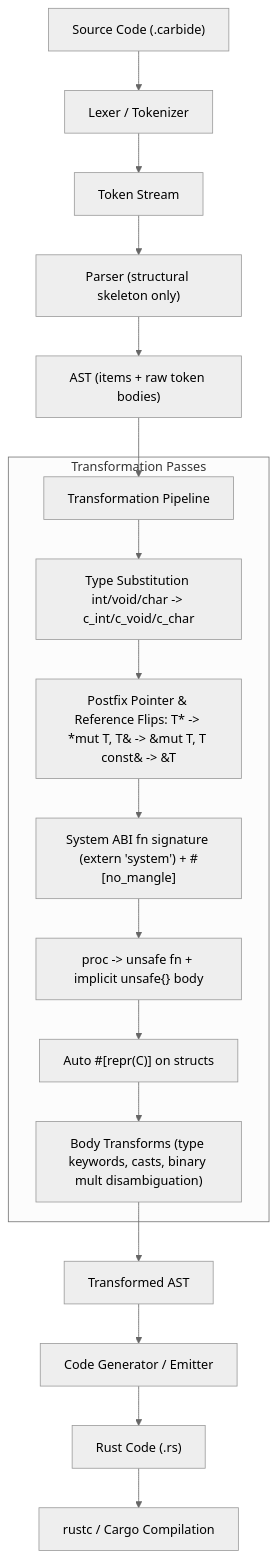
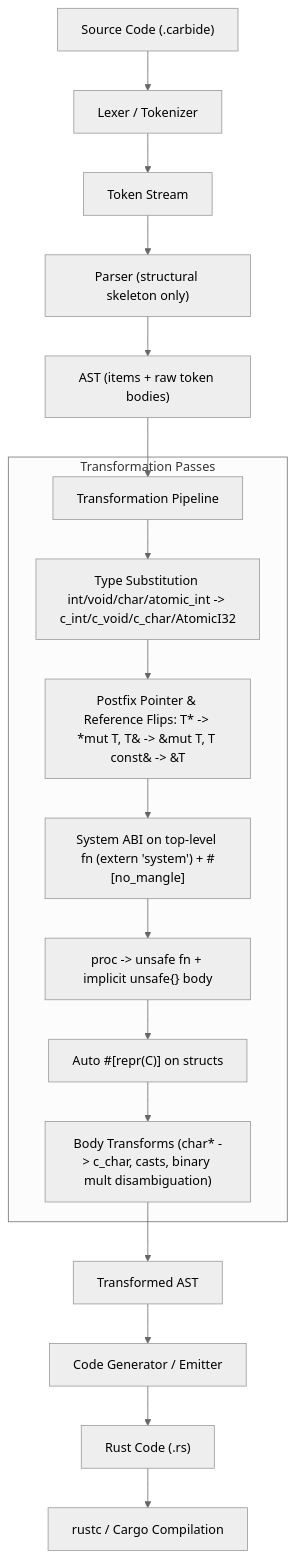
Before and after one commit to xyzzyapps/carbide: the diagram in README.md, drawn with Mermaid (neutral theme). The commit also changed other lines of this file and 12 other files, not shown here.

Commit message:
Add C atomics support, extended lexer operators, impl method attribute hygiene, char* body mapping, and mut& expressions

````diff
--- a/README.md
+++ b/README.md
@@ -13,23 +13,23 @@
 ```mermaid
 graph TD
     Source["Source Code (.carbide)"] --> Lexer[Lexer / Tokenizer]
     Lexer --> Tokens[Token Stream]
     Tokens --> Parser["Parser (structural skeleton only)"]
     Parser --> AST["AST (items + raw token bodies)"]
     AST --> Transform[Transformation Pipeline]
 
     subgraph Transformation Passes
-        Transform --> Pass1[Type Substitution int/void/char -> c_int/c_void/c_char]
+        Transform --> Pass1[Type Substitution int/void/char/atomic_int -> c_int/c_void/c_char/AtomicI32]
         Pass1 --> Pass2["Postfix Pointer & Reference Flips: T* -> *mut T, T& -> &mut T, T const& -> &T"]
-        Pass2 --> Pass3["System ABI fn signature (extern 'system') + #[no_mangle]"]
+        Pass2 --> Pass3["System ABI on top-level fn (extern 'system') + #[no_mangle]"]
         Pass3 --> Pass4["proc -> unsafe fn + implicit unsafe{} body"]
         Pass4 --> Pass5["Auto #[repr(C)] on structs"]
-        Pass5 --> Pass6["Body Transforms (type keywords, casts, binary mult disambiguation)"]
+        Pass5 --> Pass6["Body Transforms (char* -> c_char, casts, binary mult disambiguation)"]
     end
 
     Pass6 --> TransAST[Transformed AST]
     TransAST --> Emitter[Code Generator / Emitter]
     Emitter --> Output["Rust Code (.rs)"]
 
     Output --> Driver[rustc / Cargo Compilation]
 ```
````
